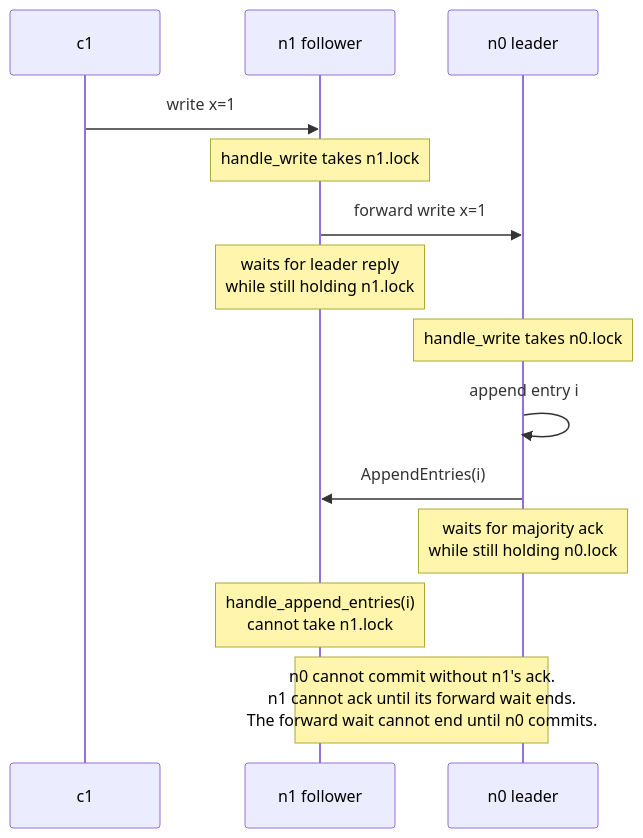
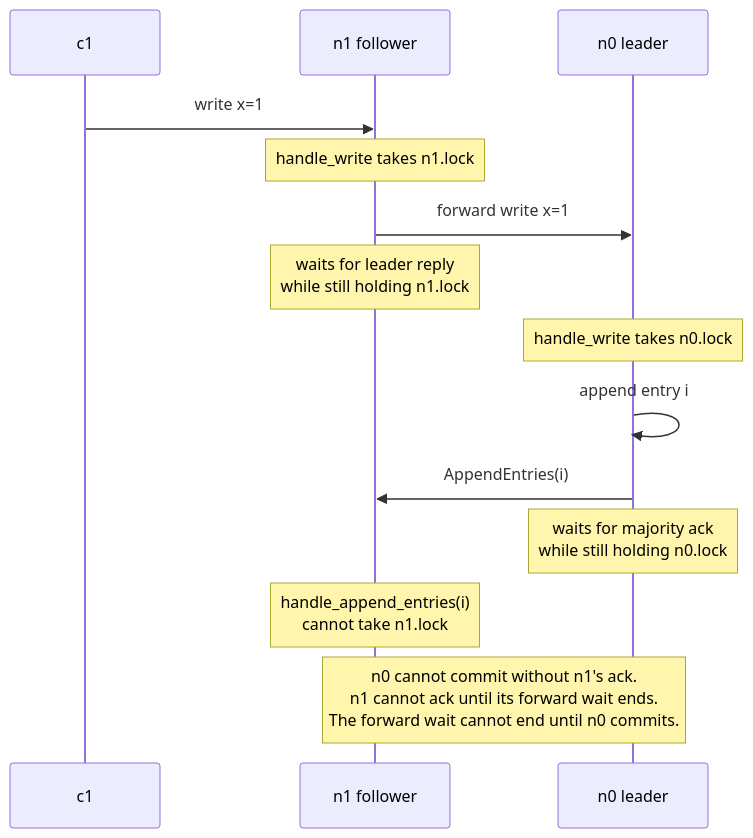
One commit to donglin-wang/broken-rafts changed the first of 4 diagrams in bugs/v0/lifecycle/blocking_handlers/README.md. Above: the diagram before and after it, drawn with Mermaid. The commit also changed 5 other files, not shown here.

````diff
--- a/bugs/v0/lifecycle/blocking_handlers/README.md
+++ b/bugs/v0/lifecycle/blocking_handlers/README.md
@@ -51,19 +51,20 @@
 ```mermaid
+%%{init: {"sequence": {"actorMargin": 105}}}%%
 sequenceDiagram
     participant C as c1
     participant F as n1 follower
     participant L as n0 leader
 
     C->>F: write x=1
     Note over F: handle_write takes n1.lock
     F->>L: forward write x=1
     Note over F: waits for leader reply<br/>while still holding n1.lock
 
     Note over L: handle_write takes n0.lock
     L->>L: append entry i
     L->>F: AppendEntries(i)
     Note over L: waits for majority ack<br/>while still holding n0.lock
 
     Note over F: handle_append_entries(i)<br/>cannot take n1.lock
     Note over L,F: n0 cannot commit without n1's ack.<br/>n1 cannot ack until its forward wait ends.<br/>The forward wait cannot end until n0 commits.
 ```
````
